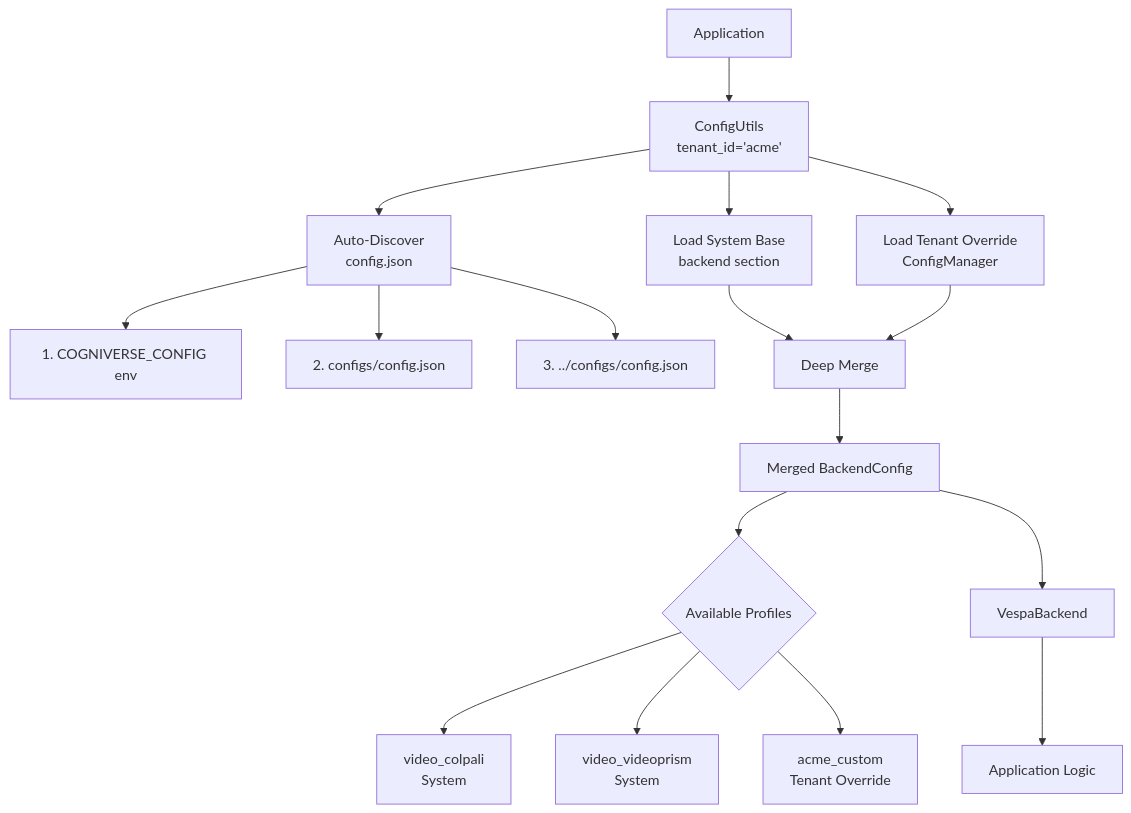
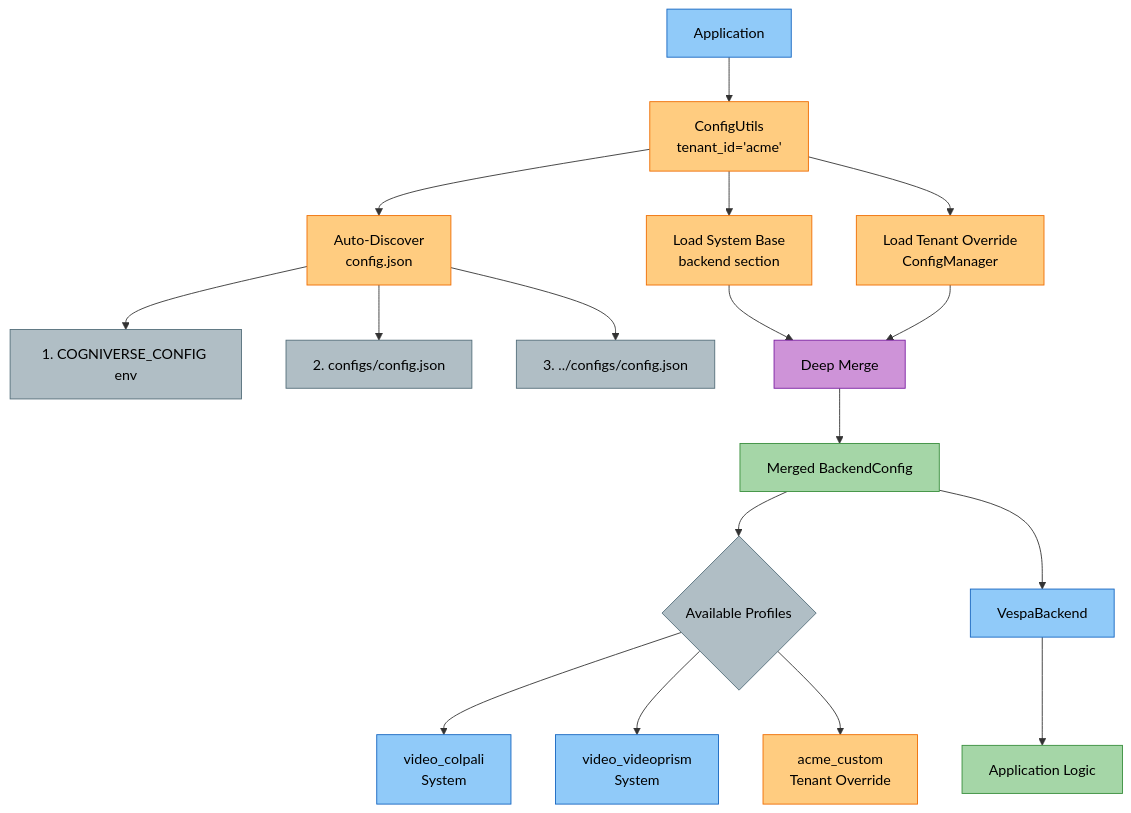
One commit to amit-jain/cogniverse changed the third of 9 diagrams in docs/modules/backends.md. Above: the diagram before and after it, drawn with Mermaid. The commit also changed other lines of this file and 83 other files, not shown here.

First line of the commit message:
Fix documentation veracity, formatting, and diagrams across all modules

````diff
--- a/docs/modules/backends.md
+++ b/docs/modules/backends.md
@@ -411,25 +449,42 @@
 ```mermaid
-graph TB
-    App[Application] --> ConfigUtils[ConfigUtils<br/>tenant_id='acme']
+flowchart TB
+    App["<span style='color:#000'>Application</span>"] --> ConfigUtils["<span style='color:#000'>ConfigUtils<br/>tenant_id='acme'</span>"]
 
-    ConfigUtils --> AutoDiscover[Auto-Discover<br/>config.json]
-    AutoDiscover --> SearchPath1[1. COGNIVERSE_CONFIG env]
-    AutoDiscover --> SearchPath2[2. configs/config.json]
-    AutoDiscover --> SearchPath3[3. ../configs/config.json]
+    ConfigUtils --> AutoDiscover["<span style='color:#000'>Auto-Discover<br/>config.json</span>"]
+    AutoDiscover --> SearchPath1["<span style='color:#000'>1. COGNIVERSE_CONFIG env</span>"]
+    AutoDiscover --> SearchPath2["<span style='color:#000'>2. configs/config.json</span>"]
+    AutoDiscover --> SearchPath3["<span style='color:#000'>3. ../configs/config.json</span>"]
 
-    ConfigUtils --> LoadSystem[Load System Base<br/>backend section]
-    ConfigUtils --> LoadTenant[Load Tenant Override<br/>ConfigManager]
+    ConfigUtils --> LoadSystem["<span style='color:#000'>Load System Base<br/>backend section</span>"]
+    ConfigUtils --> LoadTenant["<span style='color:#000'>Load Tenant Override<br/>ConfigManager</span>"]
 
-    LoadSystem --> Merge[Deep Merge]
+    LoadSystem --> Merge["<span style='color:#000'>Deep Merge</span>"]
     LoadTenant --> Merge
 
-    Merge --> MergedBackend[Merged BackendConfig]
-    MergedBackend --> Profiles{Available Profiles}
+    Merge --> MergedBackend["<span style='color:#000'>Merged BackendConfig</span>"]
+    MergedBackend --> Profiles{"<span style='color:#000'>Available Profiles</span>"}
 
-    Profiles --> ColPali[video_colpali<br/>System]
-    Profiles --> VideoPrism[video_videoprism<br/>System]
-    Profiles --> AcmeCustom[acme_custom<br/>Tenant Override]
+    Profiles --> ColPali["<span style='color:#000'>video_colpali<br/>System</span>"]
+    Profiles --> VideoPrism["<span style='color:#000'>video_videoprism<br/>System</span>"]
+    Profiles --> AcmeCustom["<span style='color:#000'>acme_custom<br/>Tenant Override</span>"]
 
-    MergedBackend --> VespaBackend[VespaBackend]
-    VespaBackend --> Application[Application Logic]
+    MergedBackend --> VespaBackend["<span style='color:#000'>VespaBackend</span>"]
+    VespaBackend --> Application["<span style='color:#000'>Application Logic</span>"]
+
+    style App fill:#90caf9,stroke:#1565c0,color:#000
+    style ConfigUtils fill:#ffcc80,stroke:#ef6c00,color:#000
+    style AutoDiscover fill:#ffcc80,stroke:#ef6c00,color:#000
+    style SearchPath1 fill:#b0bec5,stroke:#546e7a,color:#000
+    style SearchPath2 fill:#b0bec5,stroke:#546e7a,color:#000
+    style SearchPath3 fill:#b0bec5,stroke:#546e7a,color:#000
+    style LoadSystem fill:#ffcc80,stroke:#ef6c00,color:#000
+    style LoadTenant fill:#ffcc80,stroke:#ef6c00,color:#000
+    style Merge fill:#ce93d8,stroke:#7b1fa2,color:#000
+    style MergedBackend fill:#a5d6a7,stroke:#388e3c,color:#000
+    style Profiles fill:#b0bec5,stroke:#546e7a,color:#000
+    style ColPali fill:#90caf9,stroke:#1565c0,color:#000
+    style VideoPrism fill:#90caf9,stroke:#1565c0,color:#000
+    style AcmeCustom fill:#ffcc80,stroke:#ef6c00,color:#000
+    style VespaBackend fill:#90caf9,stroke:#1565c0,color:#000
+    style Application fill:#a5d6a7,stroke:#388e3c,color:#000
 ```
````
